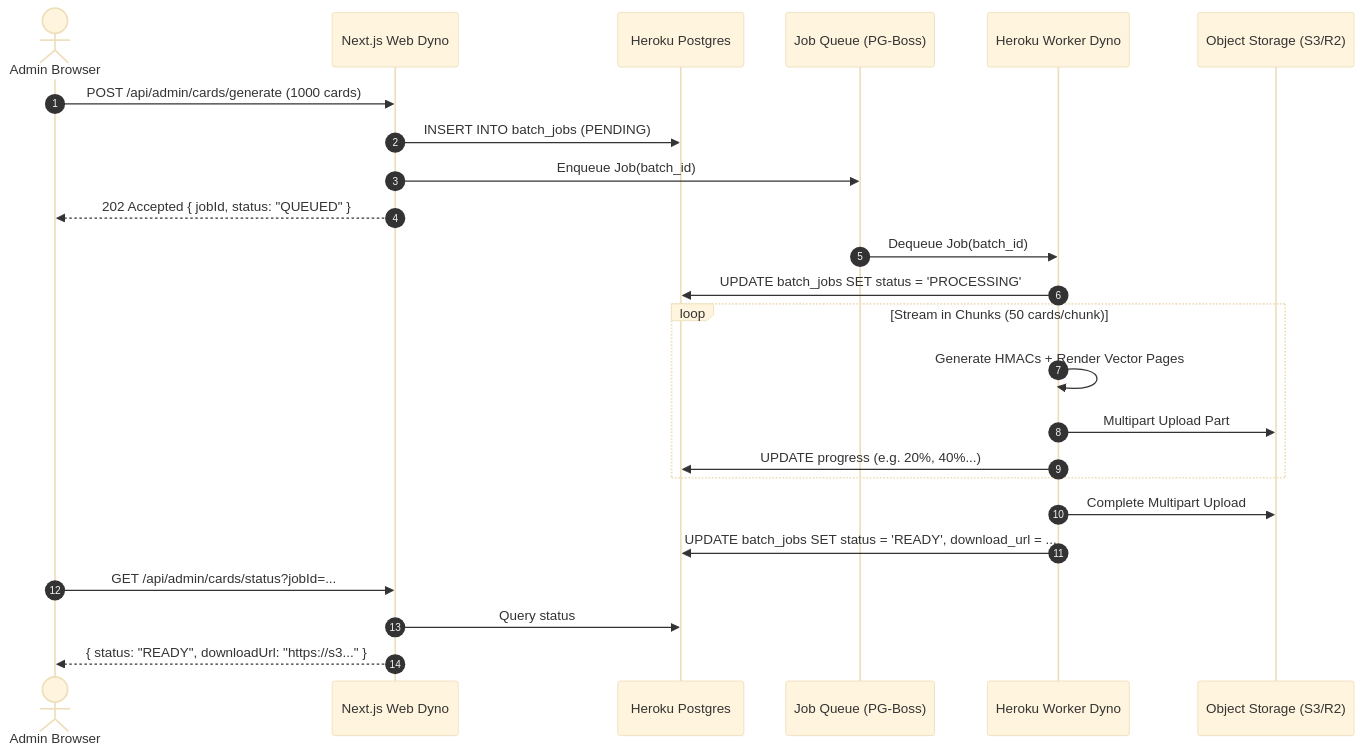
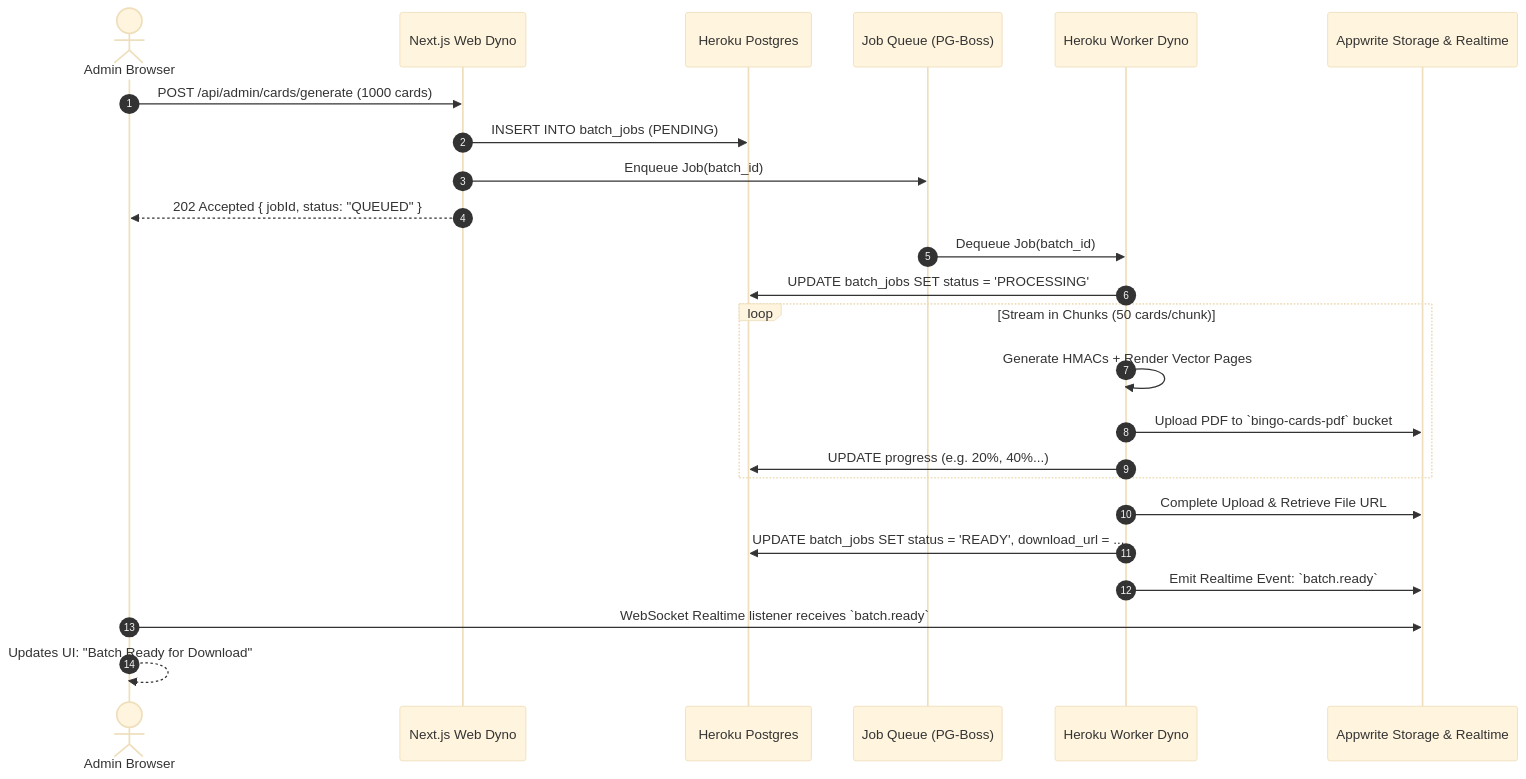
The diagram in QA_REPORT.md (Bobsi01/Itechtivity-voting-system), drawn with Mermaid (base theme) before and after one commit. The commit also changed other lines of this file and 2 other files, not shown here.

Commit message:
docs: integrate advance preparation, Appwrite storage/realtime, 1 worker dyno, and idempotency protocols

````diff
--- a/QA_REPORT.md
+++ b/QA_REPORT.md
@@ -31,31 +31,31 @@
 ```mermaid
 sequenceDiagram
     autonumber
     actor Admin as Admin Browser
     participant Web as Next.js Web Dyno
     participant DB as Heroku Postgres
     participant Queue as Job Queue (PG-Boss)
     participant Worker as Heroku Worker Dyno
-    participant S3 as Object Storage (S3/R2)
+    participant Appwrite as Appwrite Storage & Realtime
 
     Admin->>Web: POST /api/admin/cards/generate (1000 cards)
     Web->>DB: INSERT INTO batch_jobs (PENDING)
     Web->>Queue: Enqueue Job(batch_id)
     Web-->>Admin: 202 Accepted { jobId, status: "QUEUED" }
     
     Queue->>Worker: Dequeue Job(batch_id)
     Worker->>DB: UPDATE batch_jobs SET status = 'PROCESSING'
     
     loop Stream in Chunks (50 cards/chunk)
         Worker->>Worker: Generate HMACs + Render Vector Pages
-        Worker->>S3: Multipart Upload Part
+        Worker->>Appwrite: Upload PDF to `bingo-cards-pdf` bucket
         Worker->>DB: UPDATE progress (e.g. 20%, 40%...)
     end
     
-    Worker->>S3: Complete Multipart Upload
+    Worker->>Appwrite: Complete Upload & Retrieve File URL
     Worker->>DB: UPDATE batch_jobs SET status = 'READY', download_url = ...
+    Worker->>Appwrite: Emit Realtime Event: `batch.ready`
     
-    Admin->>Web: GET /api/admin/cards/status?jobId=...
-    Web->>DB: Query status
-    Web-->>Admin: { status: "READY", downloadUrl: "https://s3..." }
+    Admin->>Appwrite: WebSocket Realtime listener receives `batch.ready`
+    Admin-->>Admin: Updates UI: "Batch Ready for Download"
 ```
````
